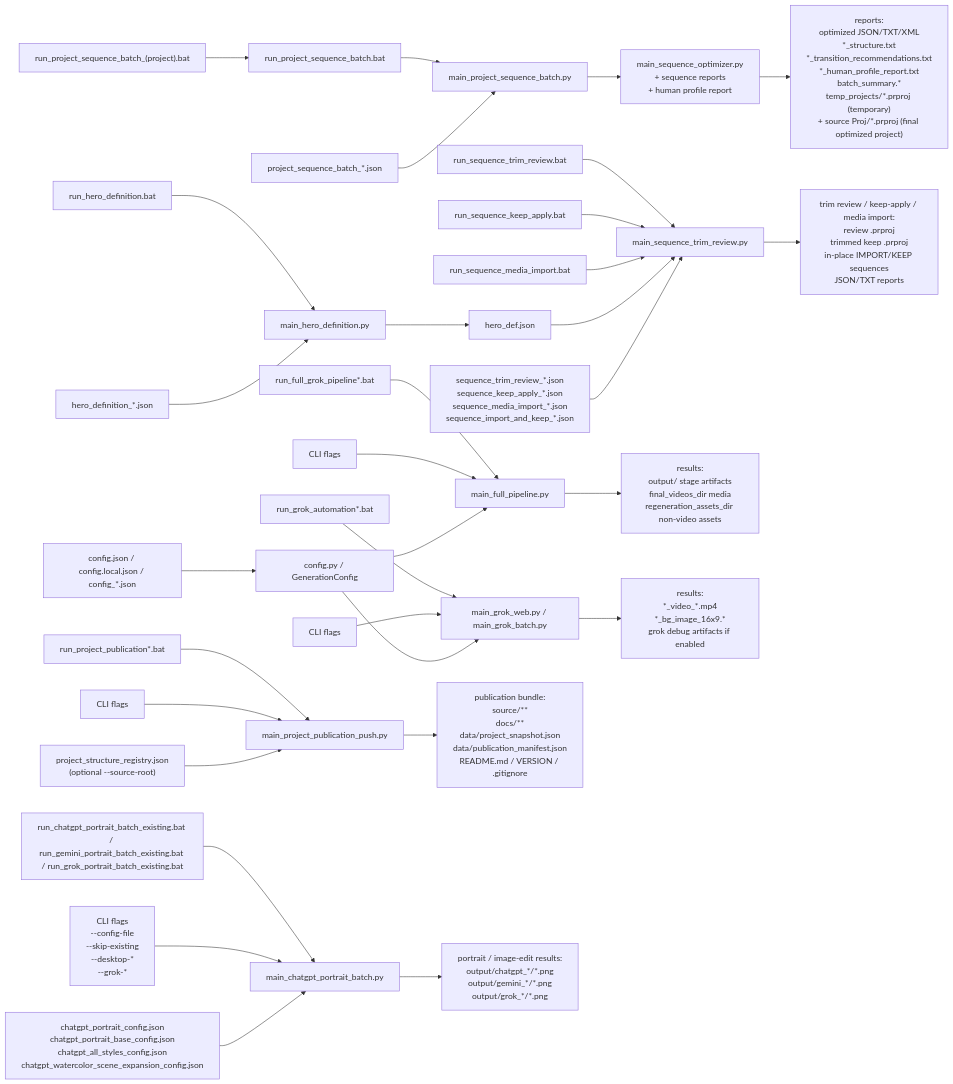
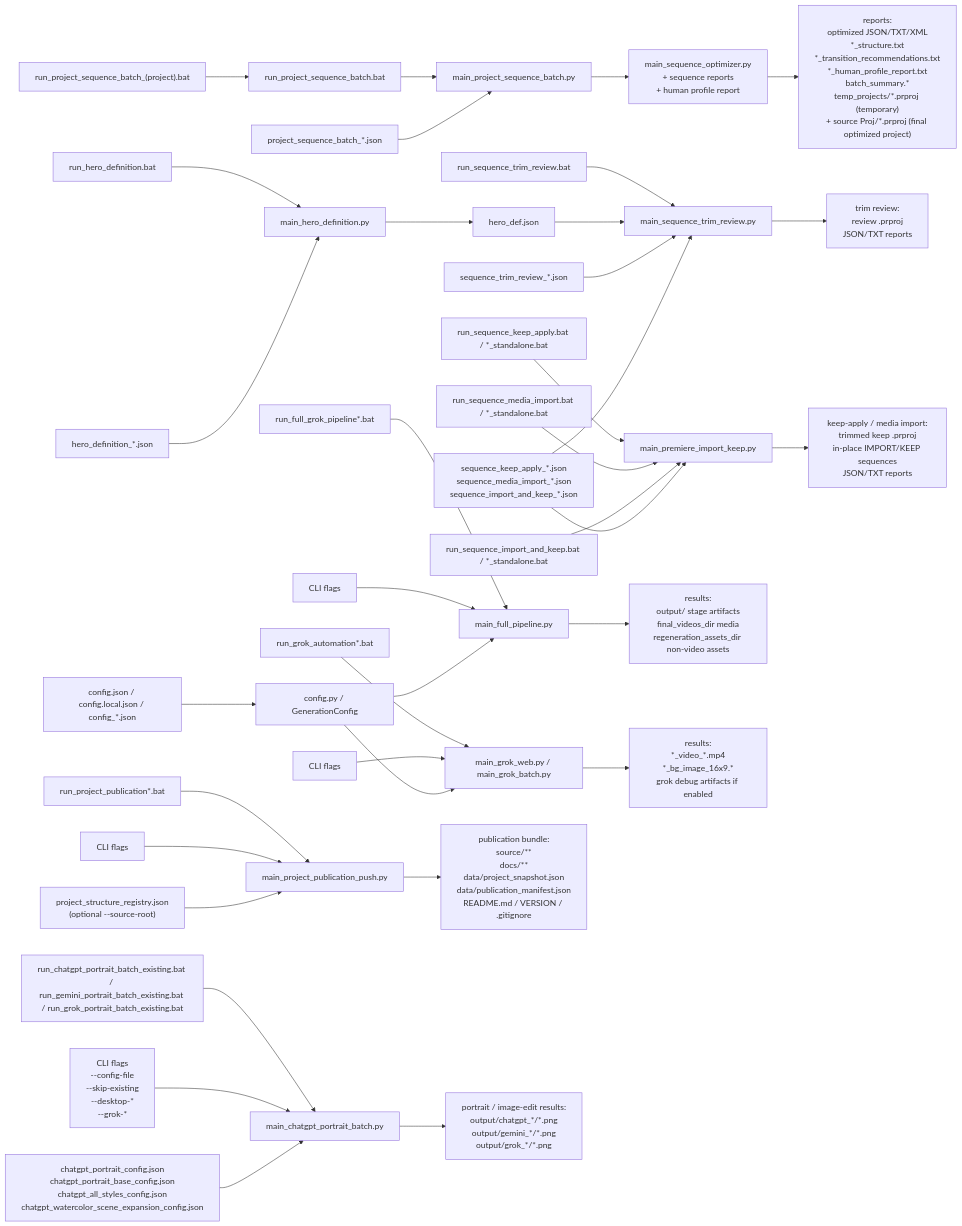
Before and after one commit to sergey-frd/Memory-to-Video_Agent: the diagram in docs/USER_GUIDE_EN.md, drawn with Mermaid. The commit also changed other lines of this file and 34 other files, not shown here.

Commit message:
Publish 2026.08.26.01: portable Premiere import and KEEP workflows

````diff
--- a/docs/USER_GUIDE_EN.md
+++ b/docs/USER_GUIDE_EN.md
@@ -606,38 +665,42 @@
 ```mermaid
 flowchart LR
   B1["run_full_grok_pipeline*.bat"] --> P1["main_full_pipeline.py"]
   B2["run_grok_automation*.bat"] --> P2["main_grok_web.py / main_grok_batch.py"]
   B3A["run_project_sequence_batch_(project).bat"] --> B3["run_project_sequence_batch.bat"]
   B3 --> P3["main_project_sequence_batch.py"]
   B4["run_project_publication*.bat"] --> P4["main_project_publication_push.py"]
   B5["run_chatgpt_portrait_batch_existing.bat / run_gemini_portrait_batch_existing.bat / run_grok_portrait_batch_existing.bat"] --> P6["main_chatgpt_portrait_batch.py"]
   B6["run_hero_definition.bat"] --> P7["main_hero_definition.py"]
   B7["run_sequence_trim_review.bat"] --> P8["main_sequence_trim_review.py"]
-  B8["run_sequence_keep_apply.bat"] --> P8
-  B9["run_sequence_media_import.bat"] --> P8
+  B8["run_sequence_keep_apply.bat / *_standalone.bat"] --> P9["main_premiere_import_keep.py"]
+  B9["run_sequence_media_import.bat / *_standalone.bat"] --> P9
+  B10["run_sequence_import_and_keep.bat / *_standalone.bat"] --> P9
 
   A1["CLI flags"] --> P1
   A2["CLI flags"] --> P2
   A5["CLI flags\n--config-file\n--skip-existing\n--desktop-*\n--grok-*"] --> P6
   C1["config.json / config.local.json / config_*.json"] --> G1["config.py / GenerationConfig"]
   G1 --> P1
   G1 --> P2
   C5["chatgpt_portrait_config.json\nchatgpt_portrait_base_config.json\nchatgpt_all_styles_config.json\nchatgpt_watercolor_scene_expansion_config.json"] --> P6
   C6["hero_definition_*.json"] --> P7
   P7 --> H1["hero_def.json"]
   H1 --> P8
-  C7["sequence_trim_review_*.json\nsequence_keep_apply_*.json\nsequence_media_import_*.json\nsequence_import_and_keep_*.json"] --> P8
+  C7["sequence_trim_review_*.json"] --> P8
+  C8["sequence_keep_apply_*.json\nsequence_media_import_*.json\nsequence_import_and_keep_*.json"] --> P9
+  C8 --> P8
 
   C3["project_sequence_batch_*.json"] --> P3
   P3 --> P5["main_sequence_optimizer.py\n+ sequence reports\n+ human profile report"]
 
   A4["CLI flags"] --> P4
   R1["project_structure_registry.json\n(optional --source-root)"] --> P4
 
   P1 --> O1["results:\noutput/ stage artifacts\nfinal_videos_dir media\nregeneration_assets_dir non-video assets"]
   P2 --> O2["results:\n*_video_*.mp4\n*_bg_image_16x9.*\ngrok debug artifacts if enabled"]
   P5 --> O3["reports:\noptimized JSON/TXT/XML\n*_structure.txt\n*_transition_recommendations.txt\n*_human_profile_report.txt\nbatch_summary.*\ntemp_projects/*.prproj (temporary)\n+ source Proj/*.prproj (final optimized project)"]
   P4 --> O4["publication bundle:\nsource/**\ndocs/**\ndata/project_snapshot.json\ndata/publication_manifest.json\nREADME.md / VERSION / .gitignore"]
   P6 --> O5["portrait / image-edit results:\noutput/chatgpt_*/*.png\noutput/gemini_*/*.png\noutput/grok_*/*.png"]
-  P8 --> O6["trim review / keep-apply / media import:\nreview .prproj\ntrimmed keep .prproj\nin-place IMPORT/KEEP sequences\nJSON/TXT reports"]
+  P8 --> O6["trim review:\nreview .prproj\nJSON/TXT reports"]
+  P9 --> O7["keep-apply / media import:\ntrimmed keep .prproj\nin-place IMPORT/KEEP sequences\nJSON/TXT reports"]
 ```
````
